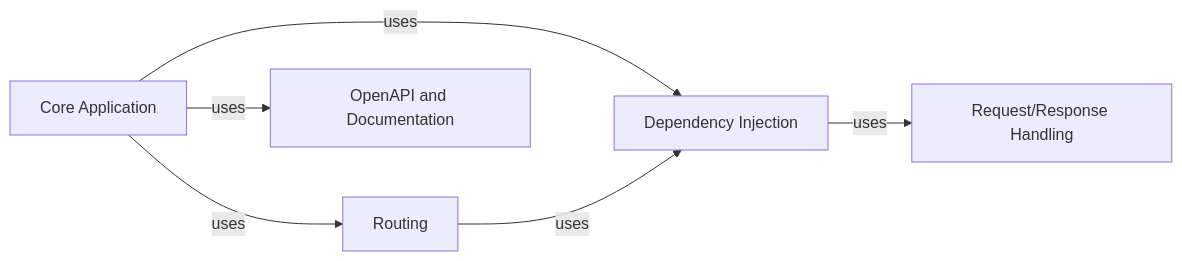
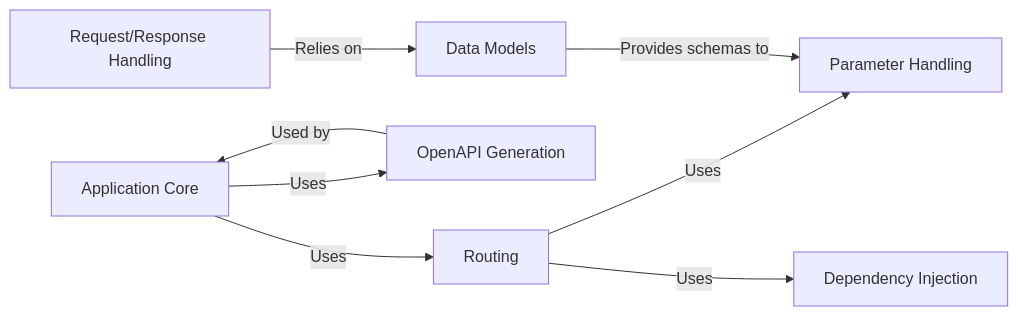
The diagram in fastapi/on_boarding.md (CodeBoarding/GeneratedOnBoardings), drawn with Mermaid before and after one commit. The commit also changed other lines of this file and 8 other files, not shown here.

````diff
--- a/fastapi/on_boarding.md
+++ b/fastapi/on_boarding.md
@@ -1,17 +1,23 @@
 ```mermaid
 graph LR
-    Core_Application["Core Application"]
+    Application_Core["Application Core"]
     Routing["Routing"]
     Dependency_Injection["Dependency Injection"]
+    Parameter_Handling["Parameter Handling"]
     Request_Response_Handling["Request/Response Handling"]
-    OpenAPI_and_Documentation["OpenAPI and Documentation"]
-    Core_Application -- "uses" --> Routing
-    Core_Application -- "uses" --> Dependency_Injection
-    Core_Application -- "uses" --> OpenAPI_and_Documentation
-    Routing -- "uses" --> Dependency_Injection
-    Dependency_Injection -- "uses" --> Request_Response_Handling
-    click Core_Application href "https://github.com/CodeBoarding/GeneratedOnBoardings/blob/main/fastapi/Core_Application.md" "Details"
+    Data_Models["Data Models"]
+    OpenAPI_Generation["OpenAPI Generation"]
+    Application_Core -- "Uses" --> Routing
+    Application_Core -- "Uses" --> OpenAPI_Generation
+    Routing -- "Uses" --> Dependency_Injection
+    Routing -- "Uses" --> Parameter_Handling
+    Request_Response_Handling -- "Relies on" --> Data_Models
+    Data_Models -- "Provides schemas to" --> Parameter_Handling
+    OpenAPI_Generation -- "Used by" --> Application_Core
+    click Routing href "https://github.com/CodeBoarding/GeneratedOnBoardings/blob/main/fastapi/Routing.md" "Details"
     click Dependency_Injection href "https://github.com/CodeBoarding/GeneratedOnBoardings/blob/main/fastapi/Dependency_Injection.md" "Details"
+    click Parameter_Handling href "https://github.com/CodeBoarding/GeneratedOnBoardings/blob/main/fastapi/Parameter_Handling.md" "Details"
     click Request_Response_Handling href "https://github.com/CodeBoarding/GeneratedOnBoardings/blob/main/fastapi/Request_Response_Handling.md" "Details"
-    click OpenAPI_and_Documentation href "https://github.com/CodeBoarding/GeneratedOnBoardings/blob/main/fastapi/OpenAPI_and_Documentation.md" "Details"
+    click Data_Models href "https://github.com/CodeBoarding/GeneratedOnBoardings/blob/main/fastapi/Data_Models.md" "Details"
+    click OpenAPI_Generation href "https://github.com/CodeBoarding/GeneratedOnBoardings/blob/main/fastapi/OpenAPI_Generation.md" "Details"
 ```
````
